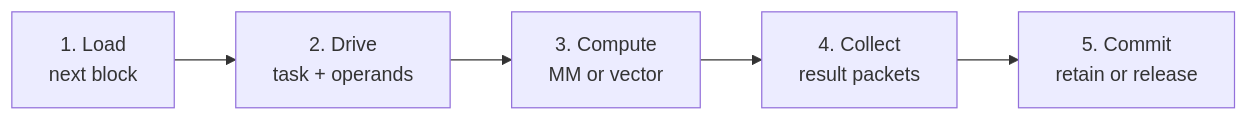
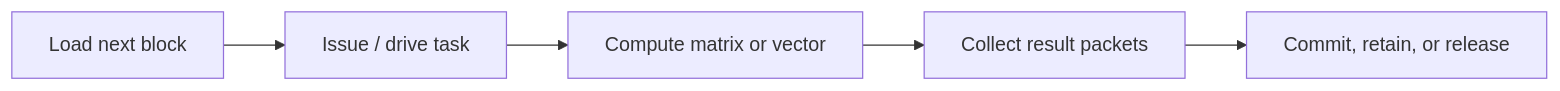
Before and after one commit to TruNcat3/LLM-ACCEL: the first of 2 diagrams in docs/architecture.md, drawn with Mermaid. The commit also changed other lines of this file and 27 other files, not shown here.

Commit message:
docs: reorganize CoWave architecture, reproduction, and evidence guides

````diff
--- a/docs/architecture.md
+++ b/docs/architecture.md
@@ -119,7 +115,7 @@
 ```mermaid
 flowchart LR
-    L[1. Load<br/>next block] --> D[2. Drive<br/>task + operands]
-    D --> C[3. Compute<br/>MM or vector]
-    C --> R[4. Collect<br/>result packets]
-    R --> M[5. Commit<br/>retain or release]
+    L[Load next block] --> I[Issue / drive task]
+    I --> C[Compute matrix or vector]
+    C --> R[Collect result packets]
+    R --> M[Commit, retain, or release]
 ```
````
